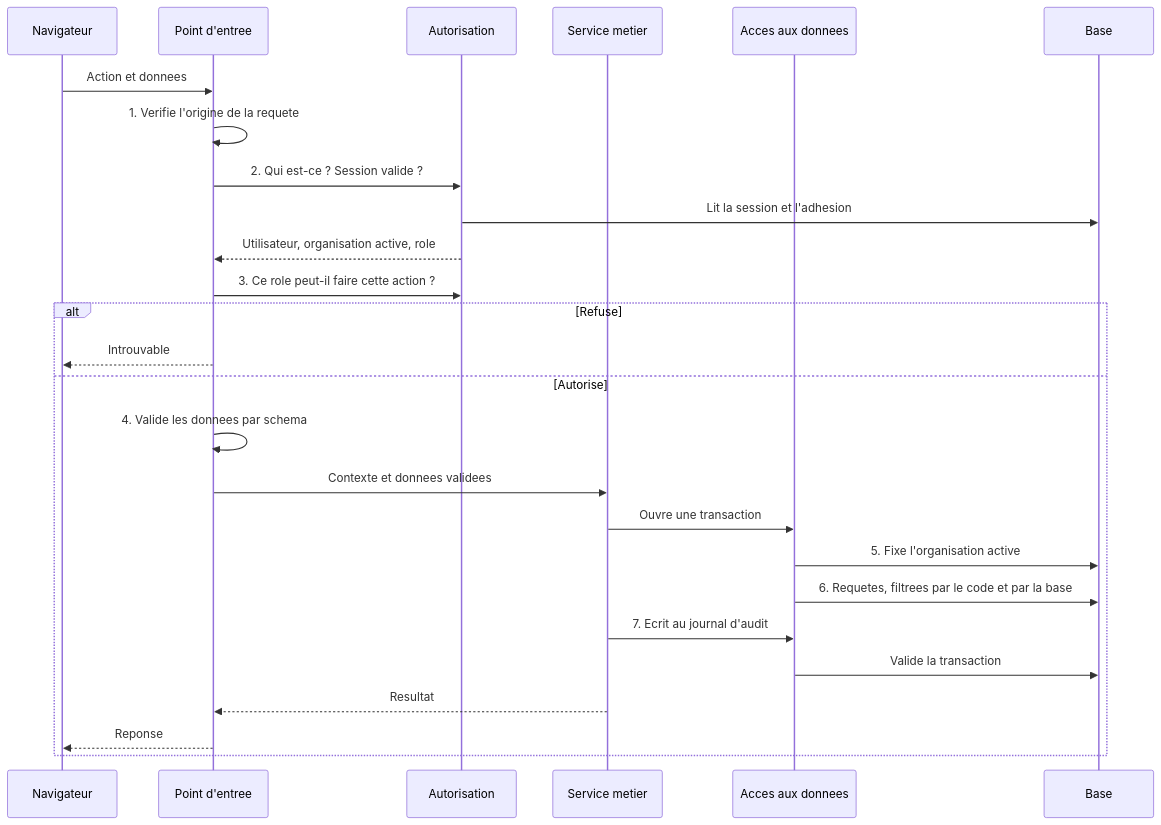
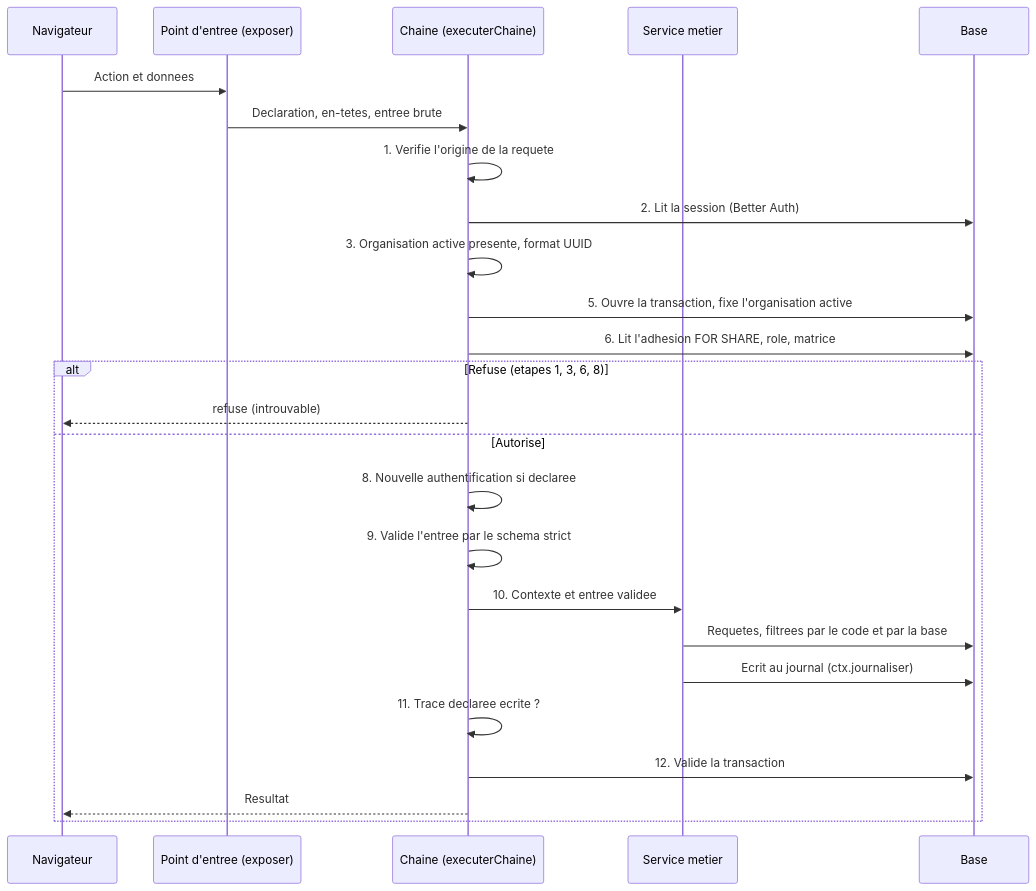
Before and after one commit to GnonhouaN01/facturation-pme: the sixth of 10 diagrams in docs/DESIGN.md, drawn with Mermaid. The commit also changed other lines of this file and 20 other files, not shown here.

First line of the commit message:
feat(actions): chaine de controles, session, adhesion et refus uniforme (#30)

````diff
--- a/docs/DESIGN.md
+++ b/docs/DESIGN.md
@@ -493,29 +493,28 @@
 ```mermaid
 sequenceDiagram
     participant N as Navigateur
-    participant E as Point d'entree
-    participant Z as Autorisation
+    participant E as Point d'entree (exposer)
+    participant C as Chaine (executerChaine)
     participant M as Service metier
-    participant D as Acces aux donnees
     participant B as Base
 
     N->>E: Action et donnees
-    E->>E: 1. Verifie l'origine de la requete
-    E->>Z: 2. Qui est-ce ? Session valide ?
-    Z->>B: Lit la session et l'adhesion
-    Z-->>E: Utilisateur, organisation active, role
-    E->>Z: 3. Ce role peut-il faire cette action ?
-    alt Refuse
-        E-->>N: Introuvable
+    E->>C: Declaration, en-tetes, entree brute
+    C->>C: 1. Verifie l'origine de la requete
+    C->>B: 2. Lit la session (Better Auth)
+    C->>C: 3. Organisation active presente, format UUID
+    C->>B: 5. Ouvre la transaction, fixe l'organisation active
+    C->>B: 6. Lit l'adhesion FOR SHARE, role, matrice
+    alt Refuse (etapes 1, 3, 6, 8)
+        C-->>N: refuse (introuvable)
     else Autorise
-        E->>E: 4. Valide les donnees par schema
-        E->>M: Contexte et donnees validees
-        M->>D: Ouvre une transaction
-        D->>B: 5. Fixe l'organisation active
-        D->>B: 6. Requetes, filtrees par le code et par la base
-        M->>D: 7. Ecrit au journal d'audit
-        D->>B: Valide la transaction
-        M-->>E: Resultat
-        E-->>N: Reponse
+        C->>C: 8. Nouvelle authentification si declaree
+        C->>C: 9. Valide l'entree par le schema strict
+        C->>M: 10. Contexte et entree validee
+        M->>B: Requetes, filtrees par le code et par la base
+        M->>B: Ecrit au journal (ctx.journaliser)
+        C->>C: 11. Trace declaree ecrite ?
+        C->>B: 12. Valide la transaction
+        C-->>N: Resultat
     end
 ```
````
